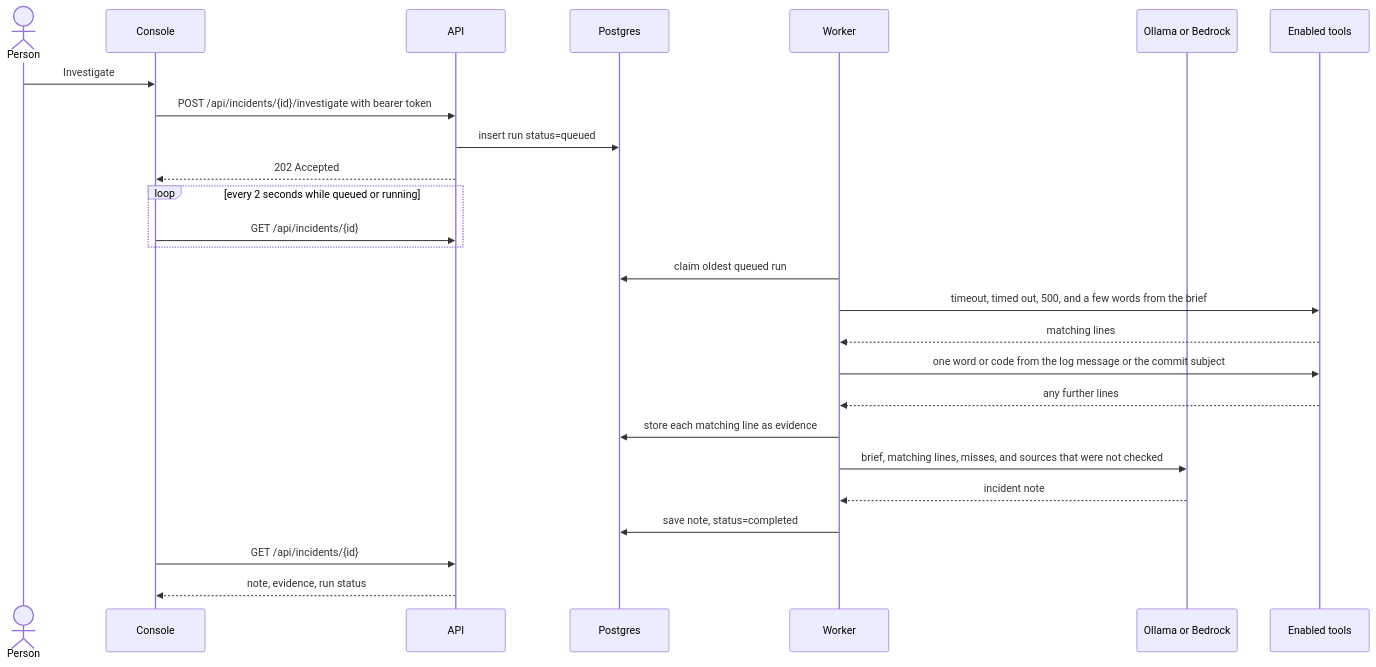
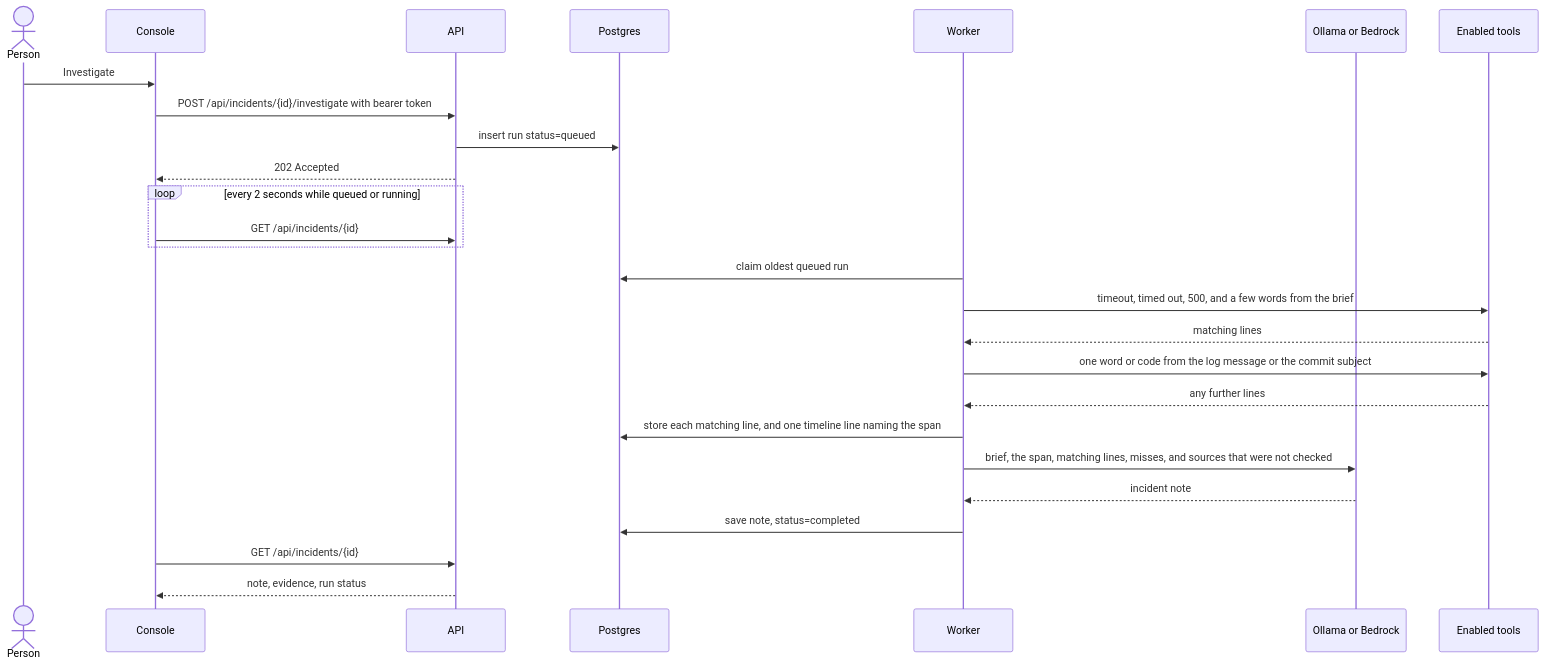
The third of 3 diagrams in prd/system-design.md (SaifulJnU/incident-investigation-agent), drawn with Mermaid before and after one commit. The commit also changed other lines of this file and 9 other files, not shown here.

````diff
--- a/prd/system-design.md
+++ b/prd/system-design.md
@@ -54,28 +54,28 @@
 ```mermaid
 sequenceDiagram
   actor Person
   participant Console
   participant API
   participant DB as Postgres
   participant Worker
   participant Model as Ollama or Bedrock
   participant Logs as Enabled tools
   Person->>Console: Investigate
   Console->>API: POST /api/incidents/{id}/investigate with bearer token
   API->>DB: insert run status=queued
   API-->>Console: 202 Accepted
   loop every 2 seconds while queued or running
     Console->>API: GET /api/incidents/{id}
   end
   Worker->>DB: claim oldest queued run
   Worker->>Logs: timeout, timed out, 500, and a few words from the brief
   Logs-->>Worker: matching lines
   Worker->>Logs: one word or code from the log message or the commit subject
   Logs-->>Worker: any further lines
-  Worker->>DB: store each matching line as evidence
-  Worker->>Model: brief, matching lines, misses, and sources that were not checked
+  Worker->>DB: store each matching line, and one timeline line naming the span
+  Worker->>Model: brief, the span, matching lines, misses, and sources that were not checked
   Model-->>Worker: incident note
   Worker->>DB: save note, status=completed
   Console->>API: GET /api/incidents/{id}
   API-->>Console: note, evidence, run status
 ```
````
